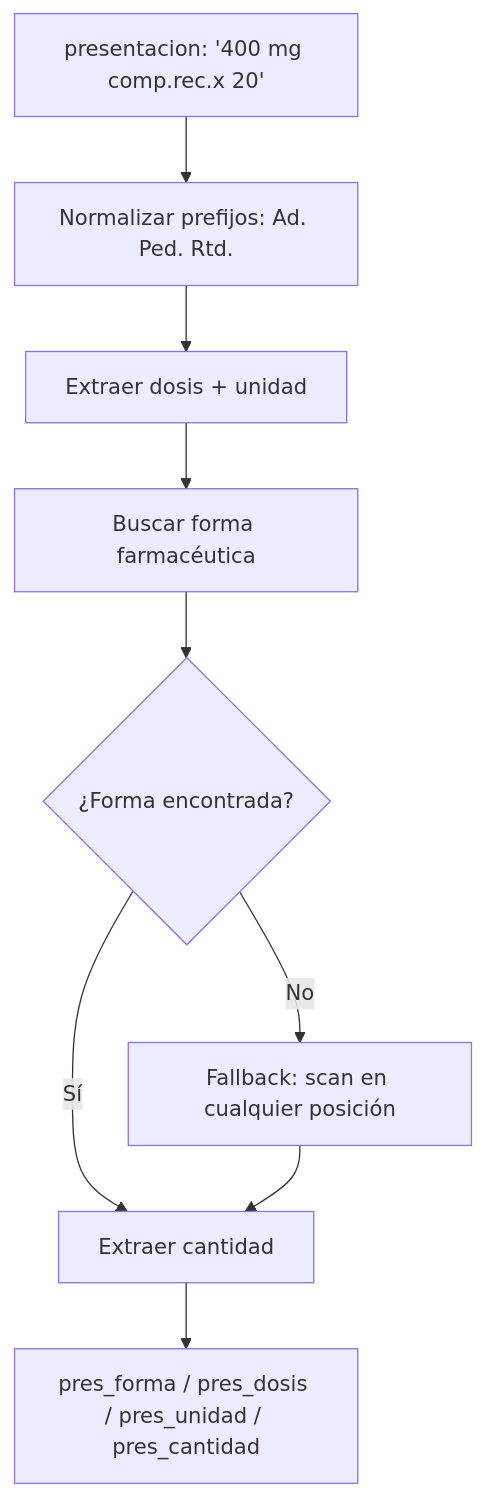
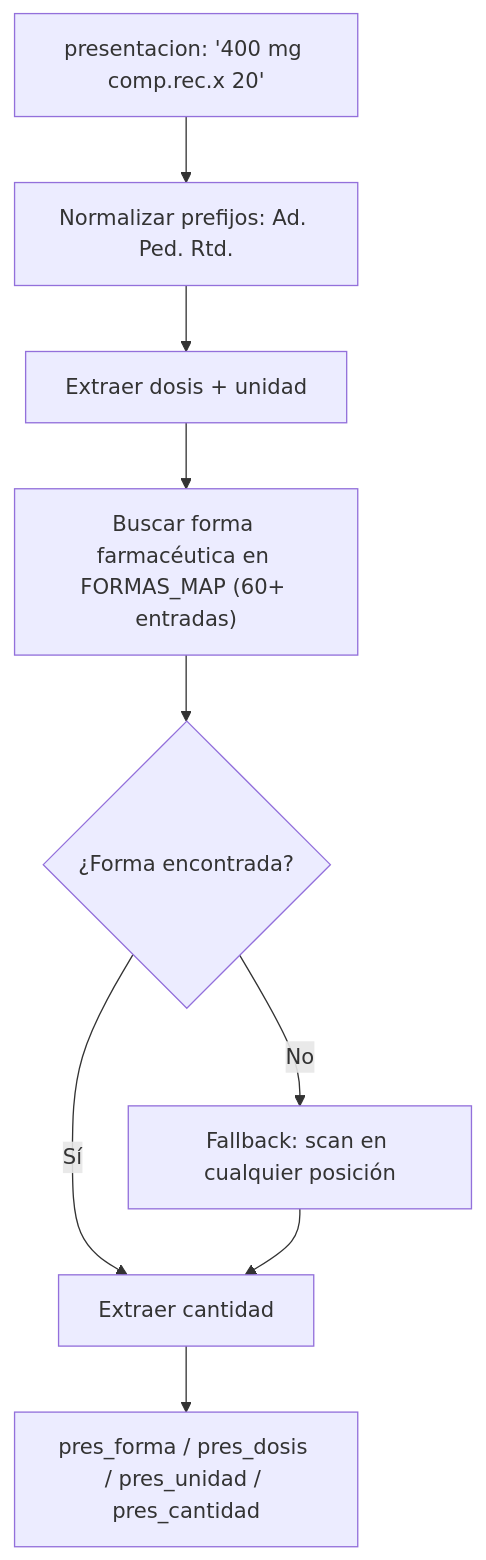
The sixth of 9 diagrams in README.md (psbella/remediar), drawn with Mermaid before and after one commit. The commit also changed other lines of this file, not shown here.

````diff
--- a/README.md
+++ b/README.md
@@ -961,16 +909,16 @@
 ```mermaid
 flowchart TD
     P["presentacion: '400 mg comp.rec.x 20'"]
     P1["Normalizar prefijos: Ad. Ped. Rtd."]
     P2["Extraer dosis + unidad"]
-    P3["Buscar forma farmacéutica"]
+    P3["Buscar forma farmacéutica en FORMAS_MAP (60+ entradas)"]
     P4{"¿Forma encontrada?"}
     P5["Fallback: scan en cualquier posición"]
     P6["Extraer cantidad"]
     P7["pres_forma / pres_dosis / pres_unidad / pres_cantidad"]
 
     P --> P1 --> P2 --> P3 --> P4
     P4 -- Sí --> P6
     P4 -- No --> P5 --> P6
     P6 --> P7
 ```
````
